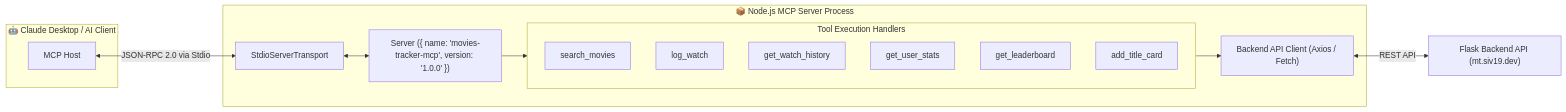
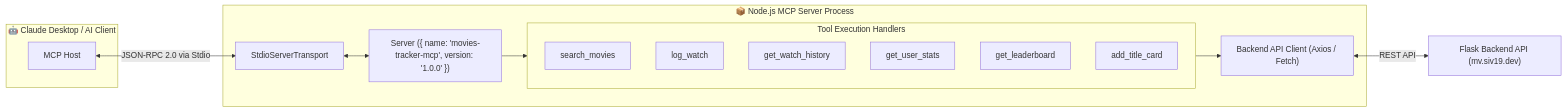
The third of 3 diagrams in docs/ARCHITECTURE_MAP.md (sivab193/movies-tracker), drawn with Mermaid before and after one commit. The commit also changed 28 other files, not shown here.

Commit message:
feat: add people pages and harden API flows

````diff
--- a/docs/ARCHITECTURE_MAP.md
+++ b/docs/ARCHITECTURE_MAP.md
@@ -179,28 +179,28 @@
 ```mermaid
 graph LR
     subgraph Client["🤖 Claude Desktop / AI Client"]
         ClientCore["MCP Host"]
     end
 
     subgraph MCPServerProcess["📦 Node.js MCP Server Process"]
         StdioTransport["StdioServerTransport"]
         MCPServerInstance["Server ({ name: 'movies-tracker-mcp', version: '1.0.0' })"]
 
         subgraph ToolHandlers["Tool Execution Handlers"]
             Tool1["search_movies"]
             Tool2["log_watch"]
             Tool3["get_watch_history"]
             Tool4["get_user_stats"]
             Tool5["get_leaderboard"]
             Tool6["add_title_card"]
         end
 
         APIClient["Backend API Client (Axios / Fetch)"]
     end
 
     ClientCore <-->|JSON-RPC 2.0 via Stdio| StdioTransport
     StdioTransport <--> MCPServerInstance
     MCPServerInstance --> ToolHandlers
     ToolHandlers --> APIClient
-    APIClient <-->|REST API| BackendAPI["Flask Backend API (mt.siv19.dev)"]
+    APIClient <-->|REST API| BackendAPI["Flask Backend API (mv.siv19.dev)"]
 ```
````
